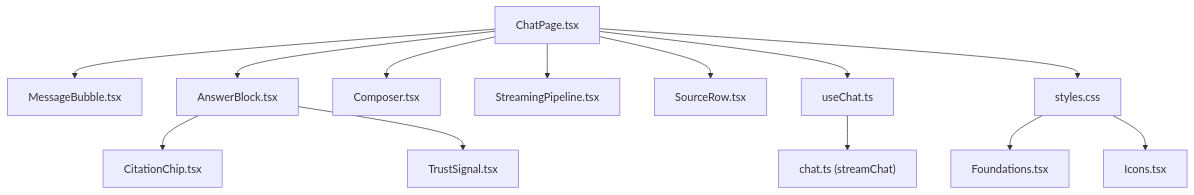
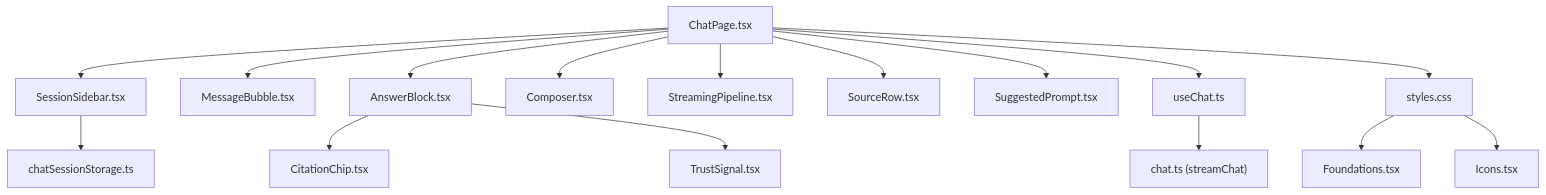
The first of 6 diagrams in .qoder/repowiki/en/content/Design System/Component Library/Chat Interface Components.md (genes8/private-ai), drawn with Mermaid before and after one commit. The commit also changed other lines of this file and 36 other files, not shown here.

````diff
--- a/.qoder/repowiki/en/content/Design System/Component Library/Chat Interface Components.md
+++ b/.qoder/repowiki/en/content/Design System/Component Library/Chat Interface Components.md
@@ -46,15 +52,18 @@
 ```mermaid
 graph TB
-ChatPage["ChatPage.tsx"] --> MessageBubble["MessageBubble.tsx"]
+ChatPage["ChatPage.tsx"] --> SessionSidebar["SessionSidebar.tsx"]
+ChatPage --> MessageBubble["MessageBubble.tsx"]
 ChatPage --> AnswerBlock["AnswerBlock.tsx"]
 ChatPage --> Composer["Composer.tsx"]
 ChatPage --> StreamingPipeline["StreamingPipeline.tsx"]
 ChatPage --> SourceRow["SourceRow.tsx"]
+ChatPage --> SuggestedPrompt["SuggestedPrompt.tsx"]
 AnswerBlock --> CitationChip["CitationChip.tsx"]
 AnswerBlock --> TrustSignal["TrustSignal.tsx"]
 ChatPage --> useChat["useChat.ts"]
 useChat --> ApiChat["chat.ts (streamChat)"]
+SessionSidebar --> chatSessionStorage["chatSessionStorage.ts"]
 ChatPage --> DesignStyles["styles.css"]
 DesignStyles --> Foundations["Foundations.tsx"]
 DesignStyles --> Icons["Icons.tsx"]
 ```
````
